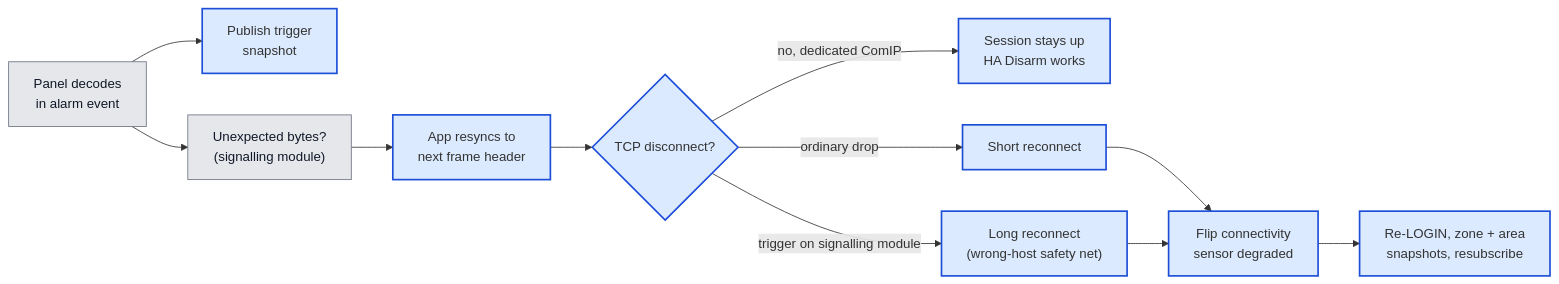
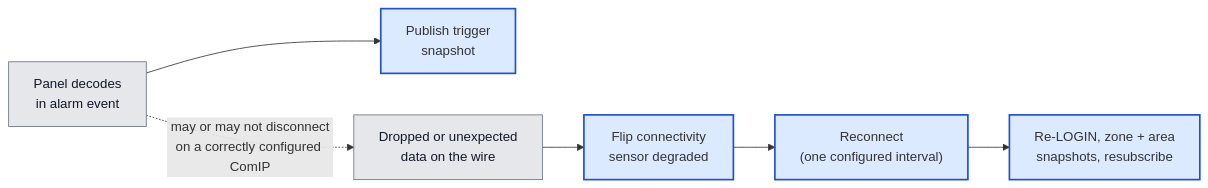
One commit to michaelmarconi/texecom_alarm changed the sixth of 7 diagrams in docs/architecture.md. Above: the diagram before and after it, drawn with Mermaid. The commit also changed other lines of this file and 9 other files, not shown here.

````diff
--- a/docs/architecture.md
+++ b/docs/architecture.md
@@ -504,24 +515,16 @@
 ```mermaid
 flowchart LR
     Trigger["Panel decodes<br/>in alarm event"]:::external
     Snap["Publish trigger<br/>snapshot"]:::owned
-    Junk["Unexpected bytes?<br/>(signalling module)"]:::external
-    Resync["App resyncs to<br/>next frame header"]:::owned
-    Drop{"TCP disconnect?"}:::owned
-    Stay["Session stays up<br/>HA Disarm works"]:::owned
-    Short["Short reconnect"]:::owned
-    Long["Long reconnect<br/>(wrong-host safety net)"]:::owned
+    Fault["Dropped or unexpected<br/>data on the wire"]:::external
     Degrade["Flip connectivity<br/>sensor degraded"]:::owned
+    Reconnect["Reconnect<br/>(one configured interval)"]:::owned
     Resume["Re-LOGIN, zone + area<br/>snapshots, resubscribe"]:::owned
 
     Trigger --> Snap
-    Trigger --> Junk
-    Junk --> Resync
-    Resync --> Drop
-    Drop -->|no, dedicated ComIP| Stay
-    Drop -->|ordinary drop| Short --> Degrade --> Resume
-    Drop -->|trigger on signalling module| Long --> Degrade
+    Trigger -.->|may or may not disconnect<br/>on a correctly configured ComIP| Fault
+    Fault --> Degrade --> Reconnect --> Resume
 
     classDef owned fill:#dbeafe,stroke:#1d4ed8,stroke-width:2px
     classDef external fill:#e5e7eb,stroke:#6b7280,color:#111827
 ```
````
